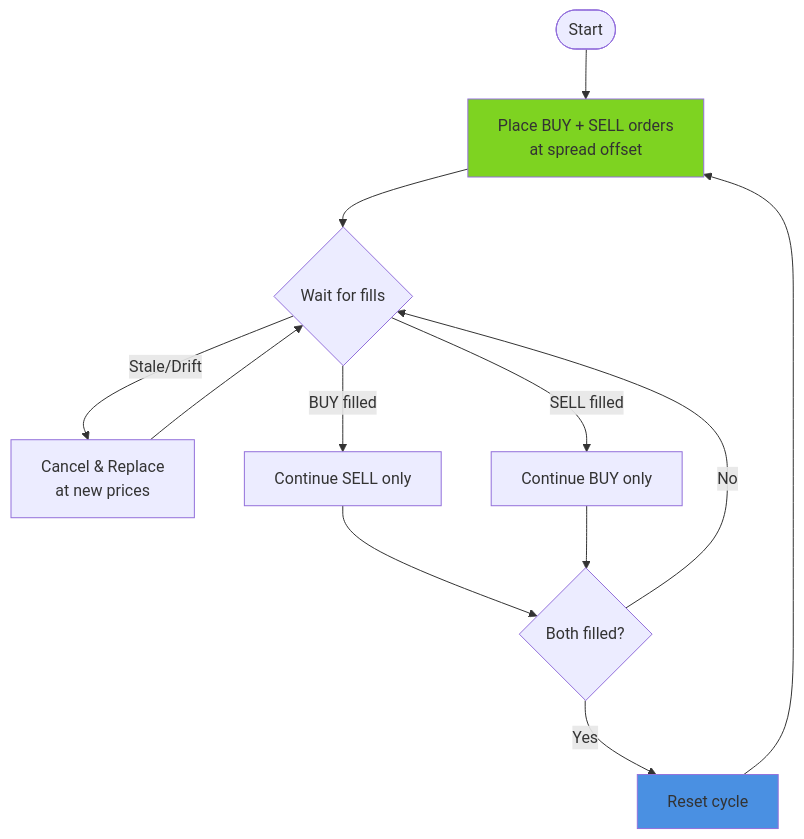
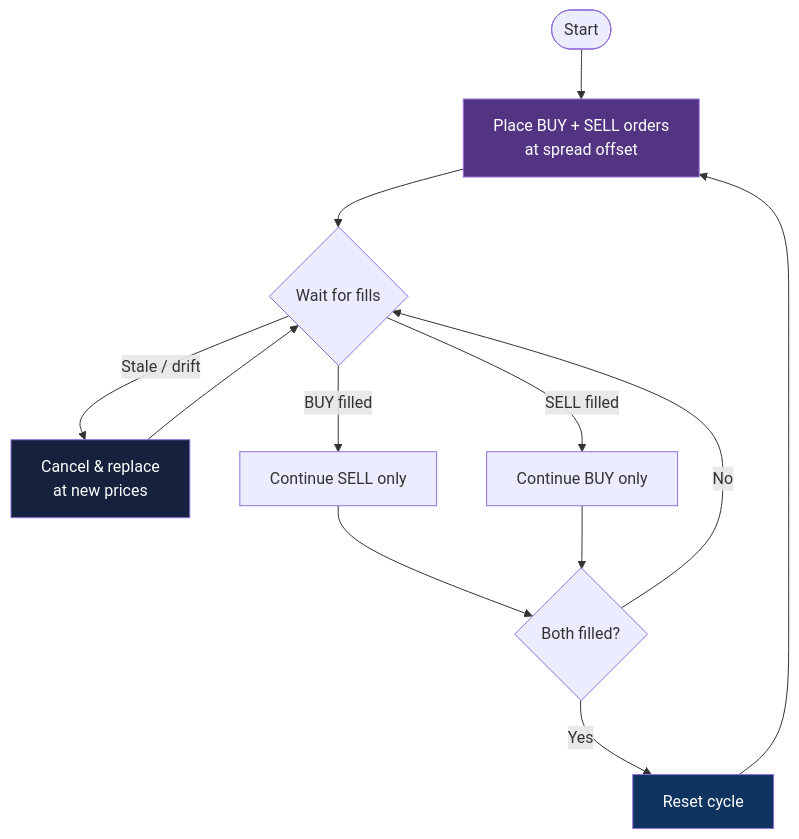
One commit to adityonugrohoid/ratu-fix-bot changed the third of 3 diagrams in README.md. Above: the diagram before and after it, drawn with Mermaid. The commit also changed other lines of this file, not shown here.

````diff
--- a/README.md
+++ b/README.md
@@ -79,17 +133,18 @@
 ```mermaid
 flowchart TB
-    START([Start]) --> PLACE[Place BUY + SELL orders<br/>at spread offset]
+    START([Start]) --> PLACE["Place BUY + SELL orders<br/>at spread offset"]
     PLACE --> WAIT{Wait for fills}
-    WAIT -->|Stale/Drift| CANCEL[Cancel & Replace<br/>at new prices]
+    WAIT -->|Stale / drift| CANCEL["Cancel & replace<br/>at new prices"]
     CANCEL --> WAIT
-    WAIT -->|BUY filled| SELL_ONLY[Continue SELL only]
-    WAIT -->|SELL filled| BUY_ONLY[Continue BUY only]
+    WAIT -->|BUY filled| SELL_ONLY["Continue SELL only"]
+    WAIT -->|SELL filled| BUY_ONLY["Continue BUY only"]
     SELL_ONLY --> BOTH{Both filled?}
     BUY_ONLY --> BOTH
     BOTH -->|No| WAIT
-    BOTH -->|Yes| RESET[Reset cycle]
+    BOTH -->|Yes| RESET["Reset cycle"]
     RESET --> PLACE
-    
-    style PLACE fill:#7ED321
-    style RESET fill:#4A90E2
+
+    style PLACE fill:#533483,color:#fff
+    style RESET fill:#0f3460,color:#fff
+    style CANCEL fill:#16213e,color:#fff
 ```
````
